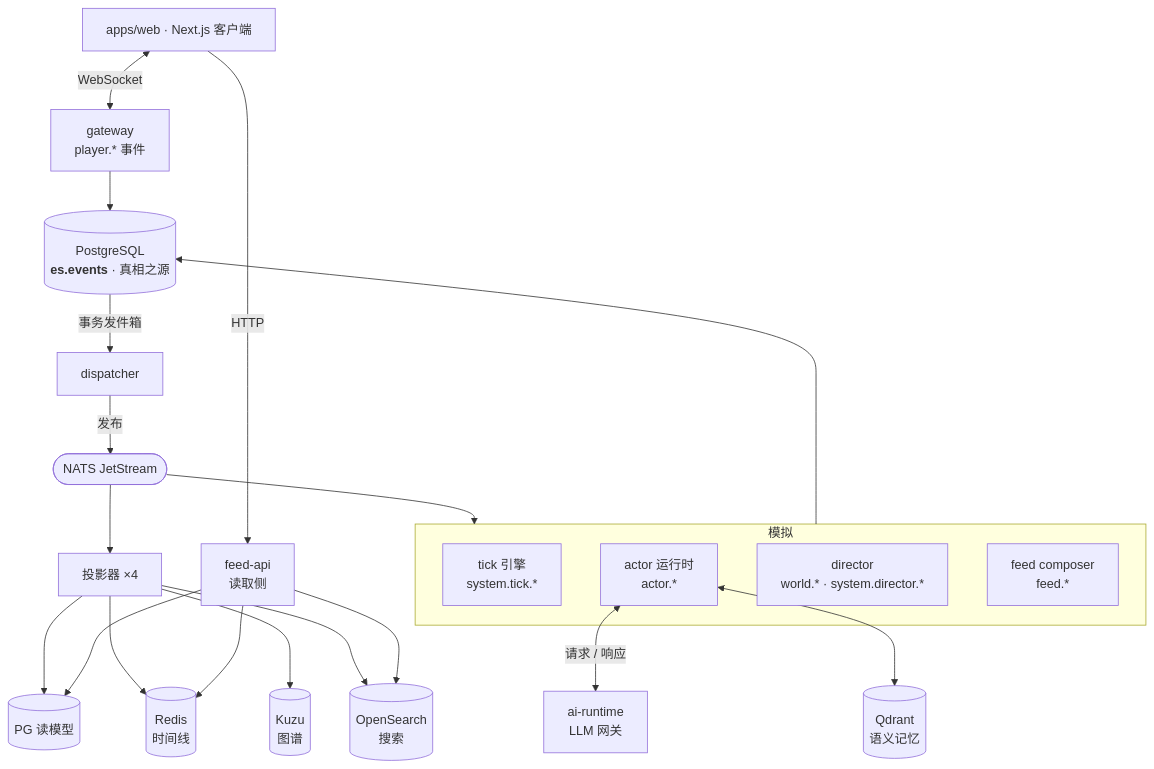
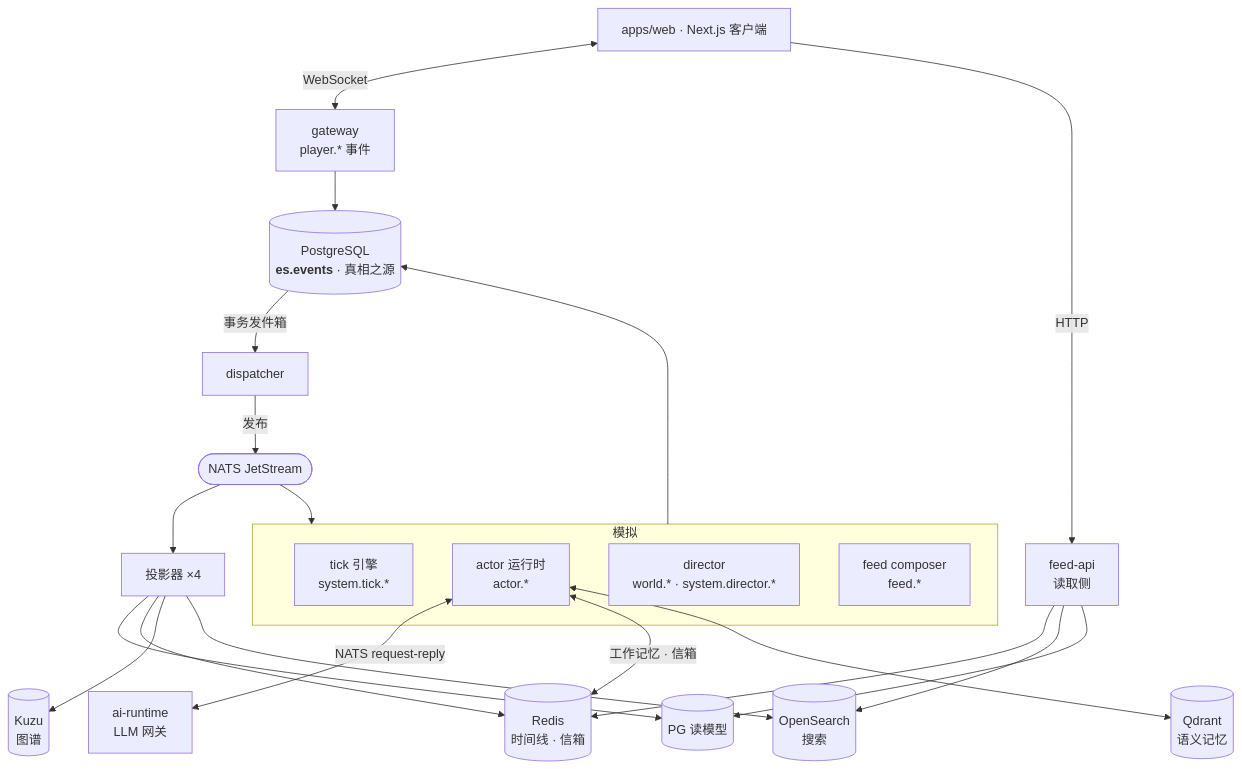
Before and after one commit to showjihyun/livingfeed: the second of 5 diagrams in guide/architecture.zh.md, drawn with Mermaid. The commit also changed other lines of this file and 5 other files, not shown here.

````diff
--- a/guide/architecture.zh.md
+++ b/guide/architecture.zh.md
@@ -42,35 +42,36 @@
 ```mermaid
 graph TB
     Web["apps/web · Next.js 客户端"]
 
     Web <-->|WebSocket| GW["gateway<br/>player.* 事件"]
     Web -->|HTTP| API["feed-api<br/>读取侧"]
 
     GW --> PG[("PostgreSQL<br/><b>es.events</b> · 真相之源")]
 
     subgraph Engines["模拟"]
         TICK["tick 引擎<br/>system.tick.*"]
         ACTOR["actor 运行时<br/>actor.*"]
         DIR["director<br/>world.* · system.director.*"]
         FEED["feed composer<br/>feed.*"]
     end
 
     Engines --> PG
     PG -->|事务发件箱| DISP["dispatcher"]
     DISP -->|发布| NATS(["NATS JetStream"])
     NATS --> Engines
     NATS --> PROJ["投影器 ×4"]
 
-    ACTOR <-->|请求 / 响应| AI["ai-runtime<br/>LLM 网关"]
+    ACTOR <-->|"NATS request-reply"| AI["ai-runtime<br/>LLM 网关"]
 
     PROJ --> RPG[("PG 读模型")]
-    PROJ --> RED[("Redis<br/>时间线")]
+    PROJ --> RED[("Redis<br/>时间线 · 信箱")]
+    ACTOR <-->|"工作记忆 · 信箱"| RED
     PROJ --> KUZU[("Kuzu<br/>图谱")]
     PROJ --> OS[("OpenSearch<br/>搜索")]
 
     ACTOR <--> QD[("Qdrant<br/>语义记忆")]
 
     API --> RED
     API --> OS
     API --> RPG
 ```
````
